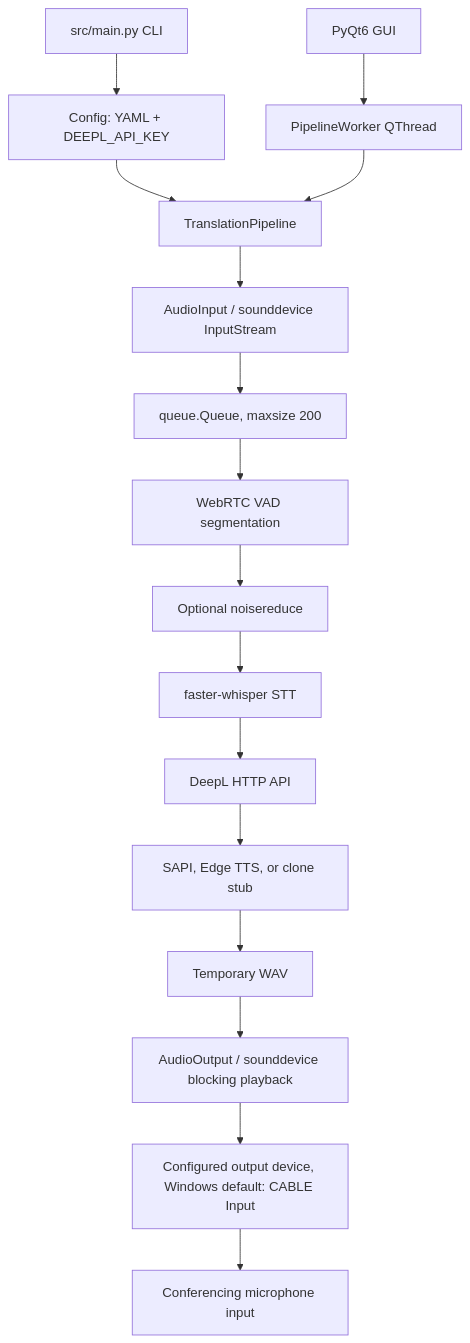
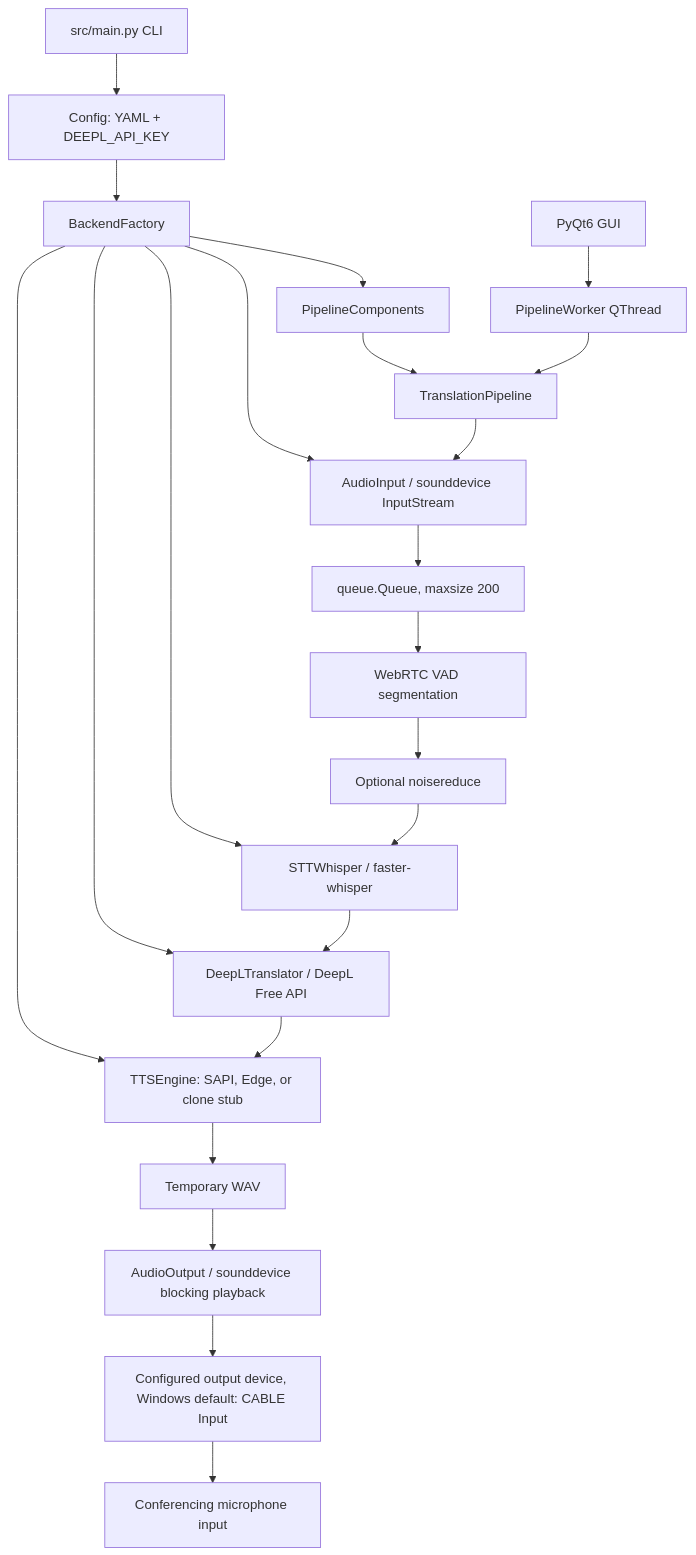
Before and after one commit to bulsahkecici/live-meeting-translator: the diagram in docs/ARCHITECTURE.md, drawn with Mermaid. The commit also changed other lines of this file and 12 other files, not shown here.

First line of the commit message:
Introduce swappable backend architecture

````diff
--- a/docs/ARCHITECTURE.md
+++ b/docs/ARCHITECTURE.md
@@ -9,18 +11,24 @@
 ```mermaid
 flowchart TD
     CLI["src/main.py CLI"] --> Config["Config: YAML + DEEPL_API_KEY"]
     GUI["PyQt6 GUI"] --> Worker["PipelineWorker QThread"]
-    Config --> Pipeline["TranslationPipeline"]
+    Config --> Factory["BackendFactory"]
+    Factory --> Components["PipelineComponents"]
+    Components --> Pipeline["TranslationPipeline"]
     Worker --> Pipeline
-    Pipeline --> Input["AudioInput / sounddevice InputStream"]
+    Factory --> Input["AudioInput / sounddevice InputStream"]
+    Factory --> STT["STTWhisper / faster-whisper"]
+    Factory --> DeepL["DeepLTranslator / DeepL Free API"]
+    Factory --> TTS["TTSEngine: SAPI, Edge, or clone stub"]
+    Pipeline --> Input
     Input --> CaptureQueue["queue.Queue, maxsize 200"]
     CaptureQueue --> VAD["WebRTC VAD segmentation"]
     VAD --> Noise["Optional noisereduce"]
-    Noise --> STT["faster-whisper STT"]
-    STT --> DeepL["DeepL HTTP API"]
-    DeepL --> TTS["SAPI, Edge TTS, or clone stub"]
+    Noise --> STT
+    STT --> DeepL
+    DeepL --> TTS
     TTS --> WAV["Temporary WAV"]
     WAV --> Output["AudioOutput / sounddevice blocking playback"]
     Output --> Cable["Configured output device, Windows default: CABLE Input"]
     Cable --> Conference["Conferencing microphone input"]
 ```
````
